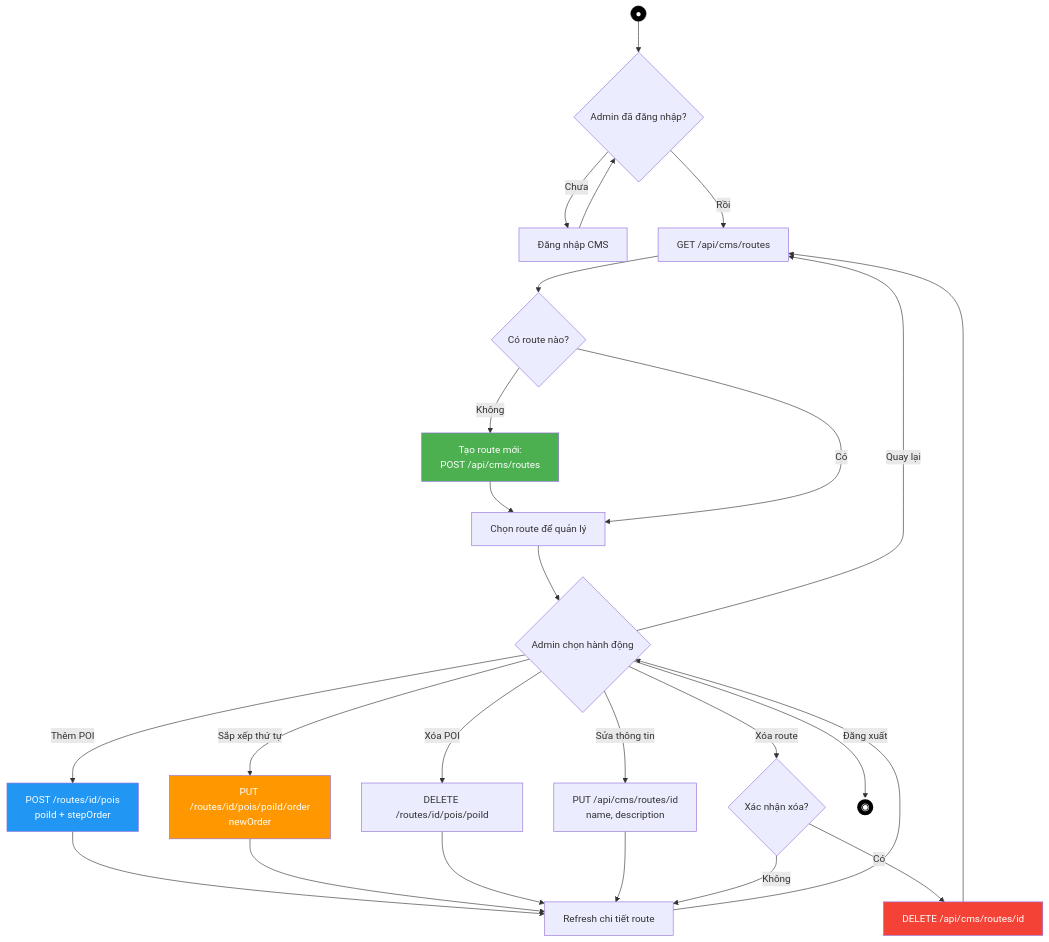
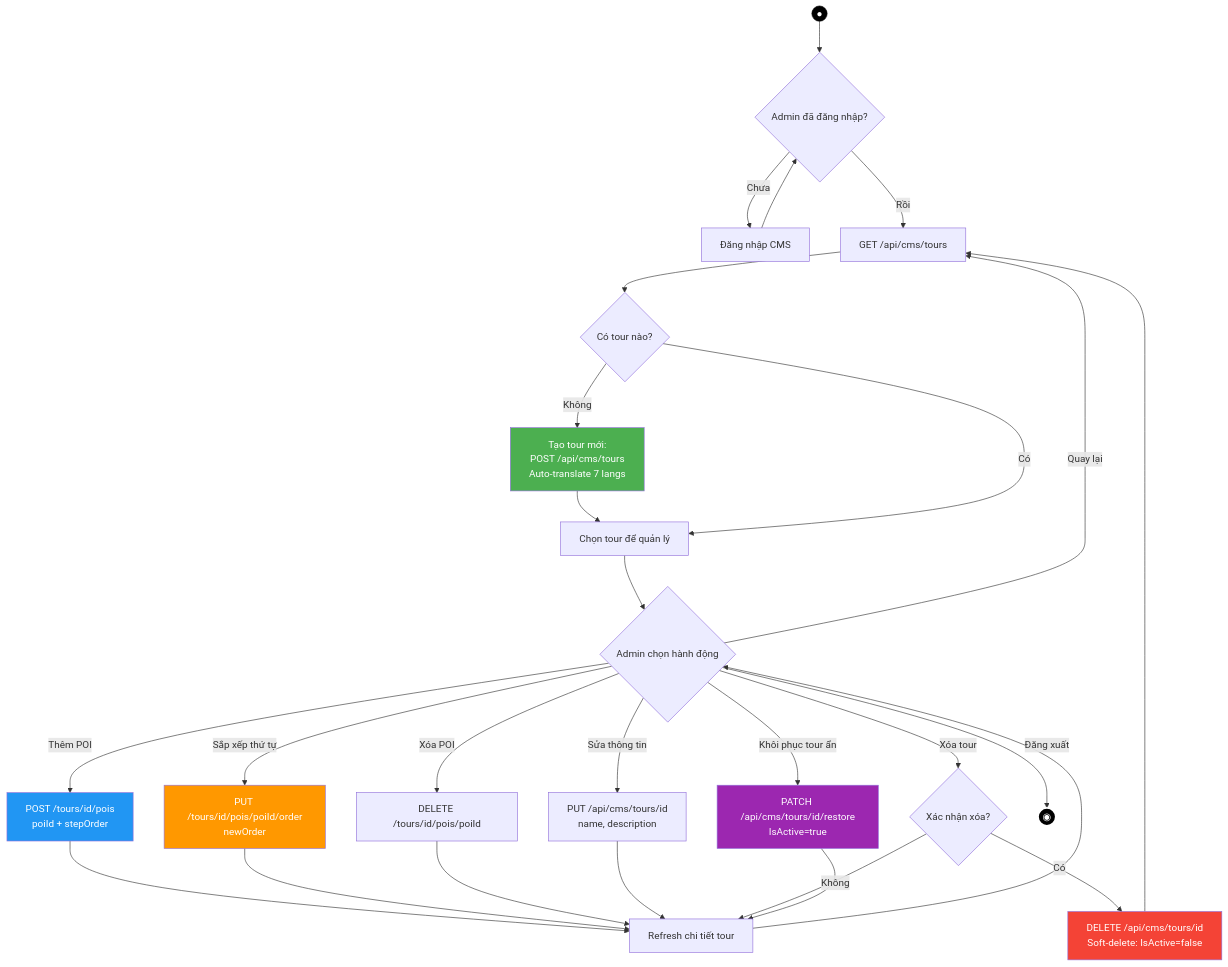
One commit to quynhtien1977/AudioGo changed diagram 49 of 58 in PRD.md. Above: the diagram before and after it, drawn with Mermaid. The commit also changed other lines of this file, not shown here.

Commit message:
thêm prd

````diff
--- a/PRD.md
+++ b/PRD.md
@@ -1908,43 +2207,47 @@
 ```mermaid
 flowchart TD
     START((●)) --> LOGIN{Admin đã đăng nhập?}
     LOGIN -- Chưa --> AUTH[Đăng nhập CMS]
     AUTH --> LOGIN
-    LOGIN -- Rồi --> VIEW_TOURS[GET /api/cms/routes]
+    LOGIN -- Rồi --> VIEW_TOURS[GET /api/cms/tours]
 
-    VIEW_TOURS --> HAS_TOURS{Có route nào?}
-    HAS_TOURS -- Không --> CREATE_TOUR[Tạo route mới:<br/>POST /api/cms/routes]
+    VIEW_TOURS --> HAS_TOURS{Có tour nào?}
+    HAS_TOURS -- Không --> CREATE_TOUR[Tạo tour mới:<br/>POST /api/cms/tours<br/>Auto-translate 7 langs]
     CREATE_TOUR --> SELECT_TOUR
 
-    HAS_TOURS -- Có --> SELECT_TOUR[Chọn route để quản lý]
+    HAS_TOURS -- Có --> SELECT_TOUR[Chọn tour để quản lý]
     SELECT_TOUR --> ACTION{Admin chọn hành động}
 
-    ACTION -- Thêm POI --> ADD_POI[POST /routes/id/pois<br/>poiId + stepOrder]
-    ADD_POI --> REFRESH[Refresh chi tiết route]
+    ACTION -- Thêm POI --> ADD_POI[POST /tours/id/pois<br/>poiId + stepOrder]
+    ADD_POI --> REFRESH[Refresh chi tiết tour]
 
-    ACTION -- Sắp xếp thứ tự --> REORDER[PUT /routes/id/pois/poiId/order<br/>newOrder]
+    ACTION -- Sắp xếp thứ tự --> REORDER[PUT /tours/id/pois/poiId/order<br/>newOrder]
     REORDER --> REFRESH
 
-    ACTION -- Xóa POI --> REMOVE_POI[DELETE /routes/id/pois/poiId]
+    ACTION -- Xóa POI --> REMOVE_POI[DELETE /tours/id/pois/poiId]
     REMOVE_POI --> REFRESH
 
-    ACTION -- Sửa thông tin --> EDIT_TOUR[PUT /api/cms/routes/id<br/>name, description]
+    ACTION -- Sửa thông tin --> EDIT_TOUR[PUT /api/cms/tours/id<br/>name, description]
     EDIT_TOUR --> REFRESH
 
-    ACTION -- Xóa route --> CONFIRM{Xác nhận xóa?}
+    ACTION -- Xóa tour --> CONFIRM{Xác nhận xóa?}
     CONFIRM -- Không --> REFRESH
-    CONFIRM -- Có --> DELETE_TOUR[DELETE /api/cms/routes/id]
+    CONFIRM -- Có --> DELETE_TOUR[DELETE /api/cms/tours/id<br/>Soft-delete: IsActive=false]
     DELETE_TOUR --> VIEW_TOURS
+
+    ACTION -- Khôi phục tour ẩn --> RESTORE[PATCH /api/cms/tours/id/restore<br/>IsActive=true]
+    RESTORE --> REFRESH
 
     REFRESH --> ACTION
 
     ACTION -- Quay lại --> VIEW_TOURS
     ACTION -- Đăng xuất --> END_NODE((◉))
 
     style START fill:#000,color:#fff,stroke:#000
     style END_NODE fill:#000,color:#fff,stroke:#fff,stroke-width:3px
     style CREATE_TOUR fill:#4CAF50,color:#fff
     style DELETE_TOUR fill:#F44336,color:#fff
     style ADD_POI fill:#2196F3,color:#fff
     style REORDER fill:#FF9800,color:#fff
+    style RESTORE fill:#9C27B0,color:#fff
 ```
````
